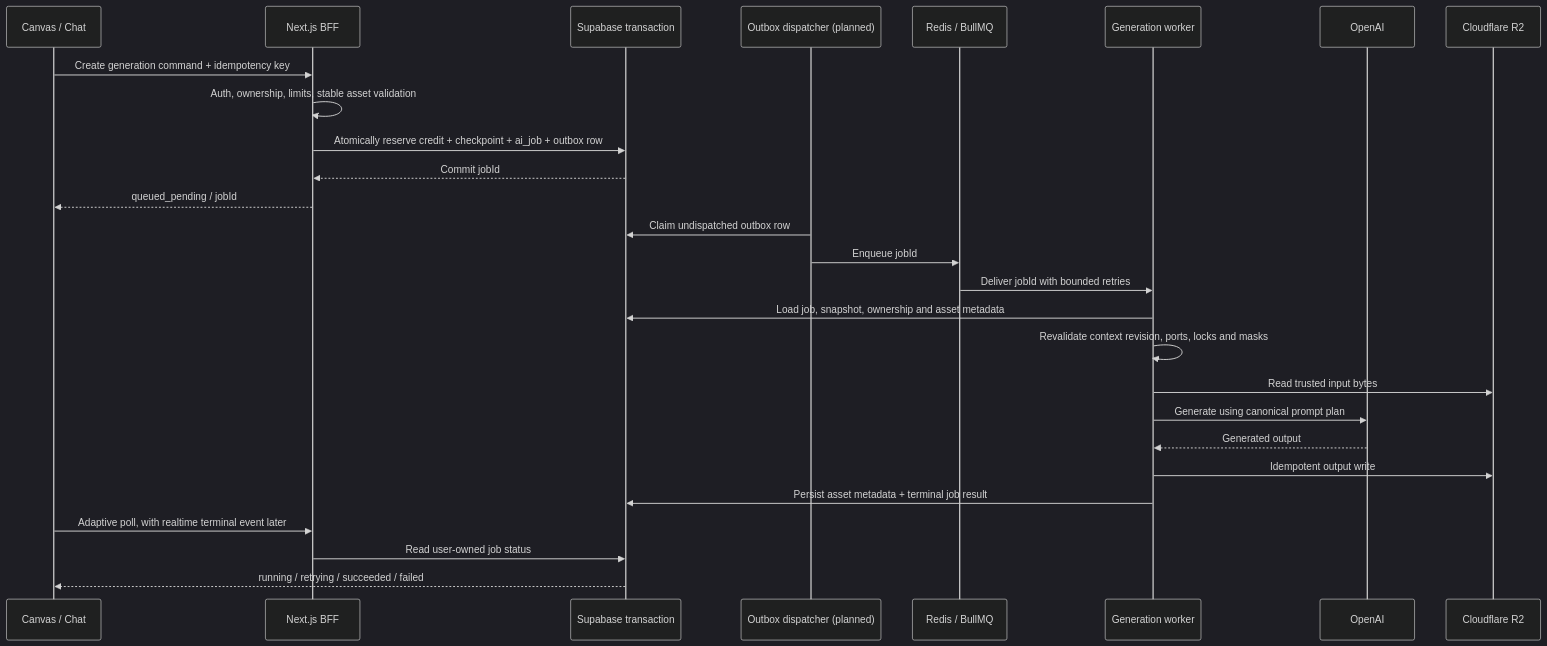
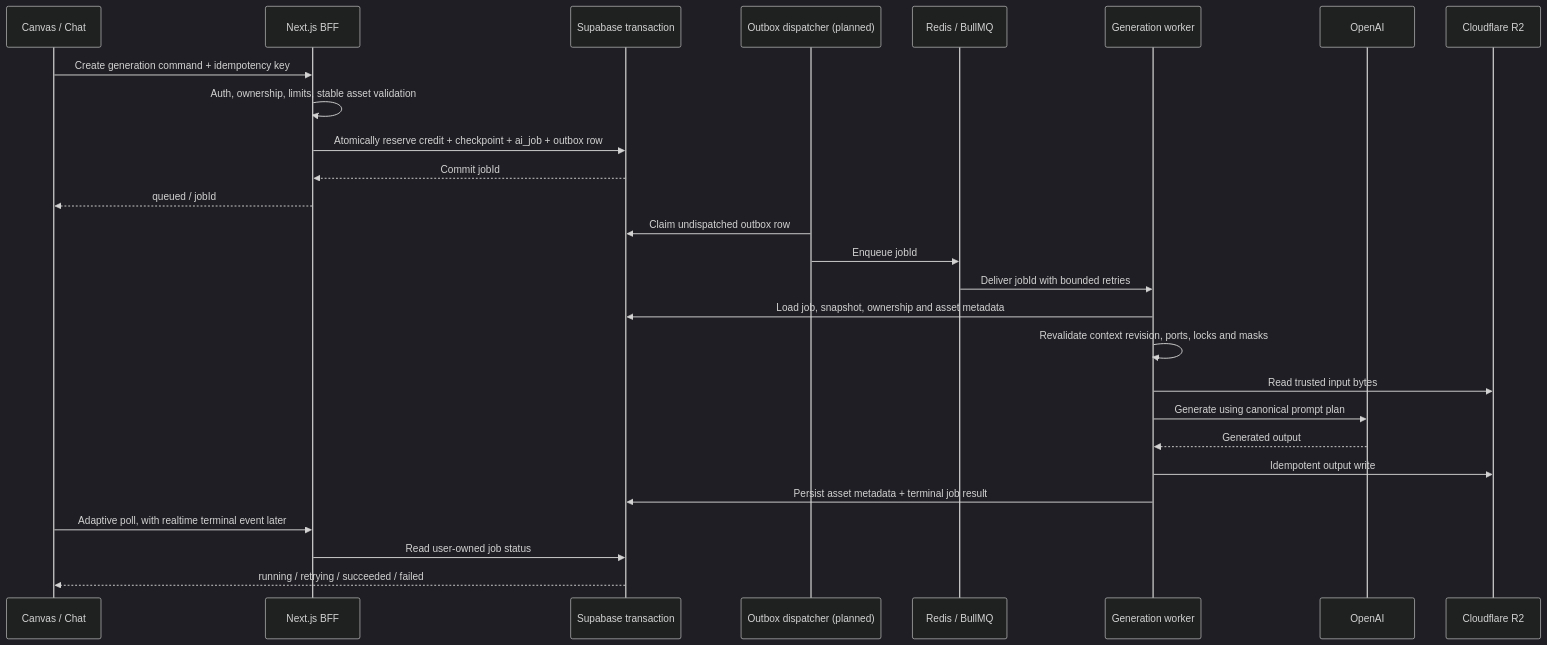
Before and after one commit to nghiaiuh/Carver-AI: the fifth of 6 diagrams in README.md, drawn with Mermaid (dark theme). The commit also changed other lines of this file and 5 other files, not shown here.

````diff
--- a/README.md
+++ b/README.md
@@ -200,30 +200,30 @@
 ```mermaid
 sequenceDiagram
   participant UI as Canvas / Chat
   participant BFF as Next.js BFF
   participant DB as Supabase transaction
   participant Outbox as Outbox dispatcher (planned)
   participant Queue as Redis / BullMQ
   participant Worker as Generation worker
   participant Provider as OpenAI
   participant R2 as Cloudflare R2
 
   UI->>BFF: Create generation command + idempotency key
   BFF->>BFF: Auth, ownership, limits, stable asset validation
   BFF->>DB: Atomically reserve credit + checkpoint + ai_job + outbox row
   DB-->>BFF: Commit jobId
-  BFF-->>UI: queued_pending / jobId
+  BFF-->>UI: queued / jobId
   Outbox->>DB: Claim undispatched outbox row
   Outbox->>Queue: Enqueue jobId
   Queue->>Worker: Deliver jobId with bounded retries
   Worker->>DB: Load job, snapshot, ownership and asset metadata
   Worker->>Worker: Revalidate context revision, ports, locks and masks
   Worker->>R2: Read trusted input bytes
   Worker->>Provider: Generate using canonical prompt plan
   Provider-->>Worker: Generated output
   Worker->>R2: Idempotent output write
   Worker->>DB: Persist asset metadata + terminal job result
   UI->>BFF: Adaptive poll, with realtime terminal event later
   BFF->>DB: Read user-owned job status
   DB-->>UI: running / retrying / succeeded / failed
 ```
````
